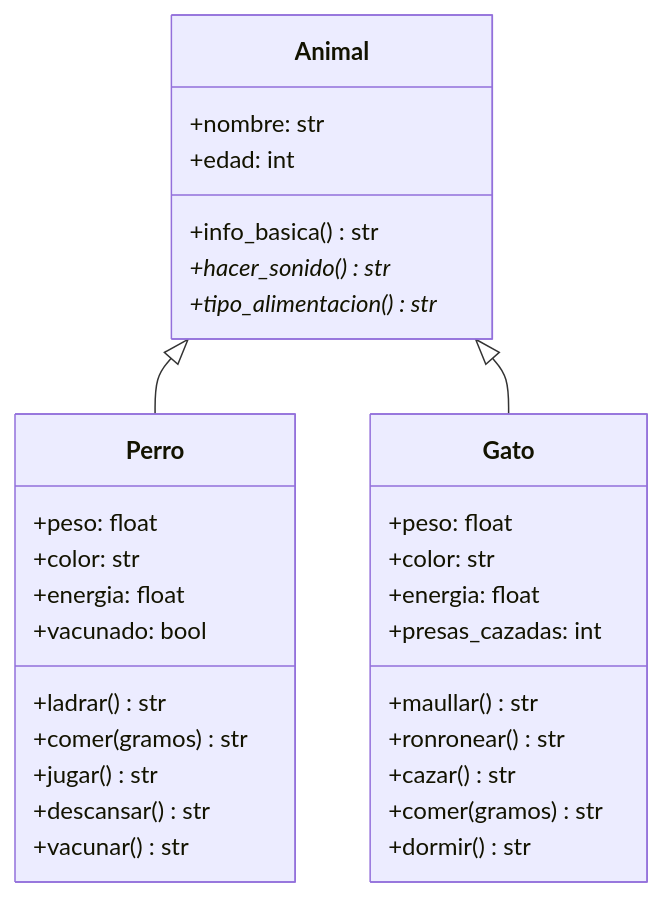
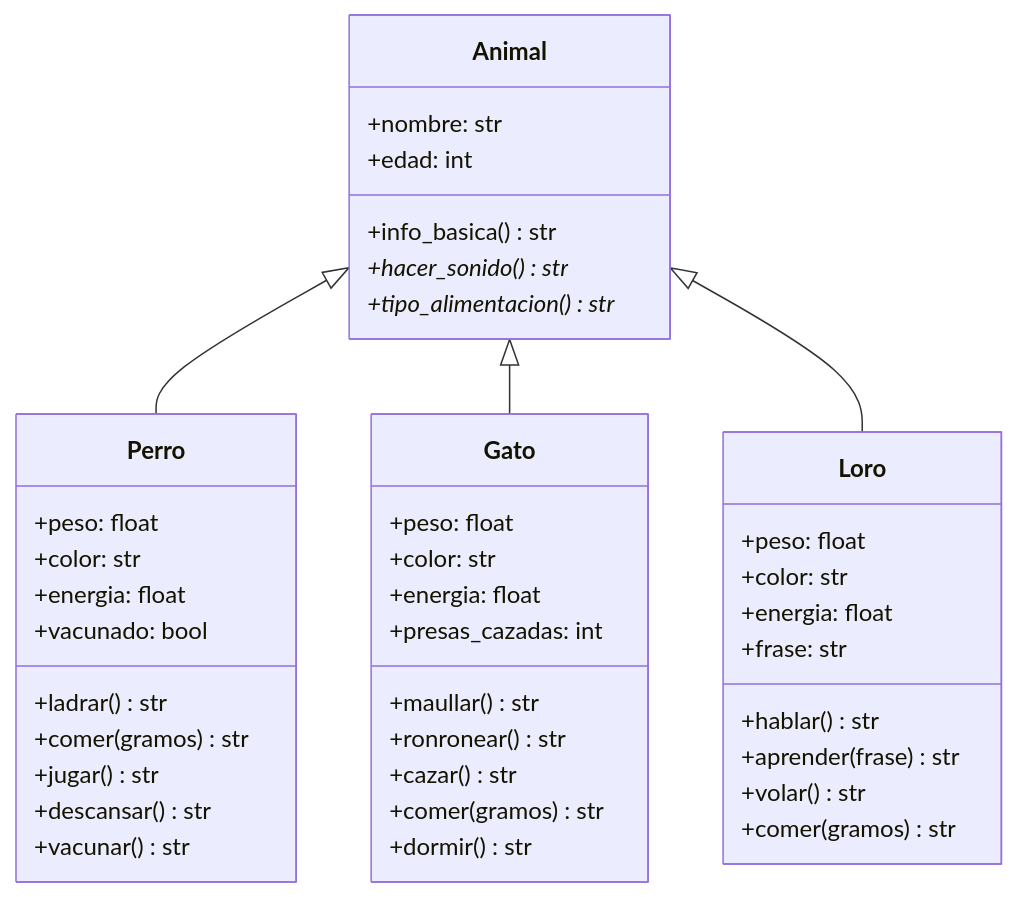
One commit to gracobjo/poo_animales changed the second of 2 diagrams in docs/manual_desarrollador.md. Above: the diagram before and after it, drawn with Mermaid. The commit also changed other lines of this file and 6 other files, not shown here.

````diff
--- a/docs/manual_desarrollador.md
+++ b/docs/manual_desarrollador.md
@@ -72,34 +165,45 @@
 ```mermaid
 classDiagram
     class Animal {
         +nombre: str
         +edad: int
         +info_basica() str
         +hacer_sonido()* str
         +tipo_alimentacion()* str
     }
     class Perro {
         +peso: float
         +color: str
         +energia: float
         +vacunado: bool
         +ladrar() str
         +comer(gramos) str
         +jugar() str
         +descansar() str
         +vacunar() str
     }
     class Gato {
         +peso: float
         +color: str
         +energia: float
         +presas_cazadas: int
         +maullar() str
         +ronronear() str
         +cazar() str
         +comer(gramos) str
         +dormir() str
     }
+    class Loro {
+        +peso: float
+        +color: str
+        +energia: float
+        +frase: str
+        +hablar() str
+        +aprender(frase) str
+        +volar() str
+        +comer(gramos) str
+    }
     Animal <|-- Perro
     Animal <|-- Gato
+    Animal <|-- Loro
 ```
````
